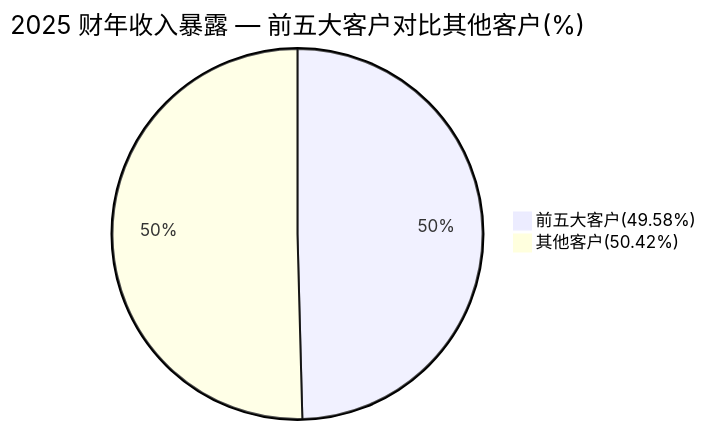
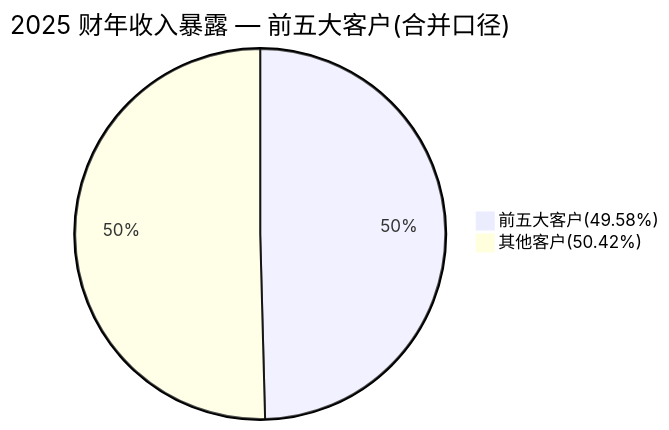
The fourth of 6 diagrams in reports/company/Omnivision_SSE603501/Omnivision_SSE603501_Research_Document_zh.md (dadachundan/financial_agent), drawn with Mermaid before and after one commit. The commit also changed other lines of this file and 9 other files, not shown here.

Commit message:
feat(company-research): refresh OmniVision/韦尔 (SSE:603501) — decision layer + full chart suite; fix fabricated cninfo URLs

````diff
--- a/reports/company/Omnivision_SSE603501/Omnivision_SSE603501_Research_Document_zh.md
+++ b/reports/company/Omnivision_SSE603501/Omnivision_SSE603501_Research_Document_zh.md
@@ -278,5 +778,5 @@
 ```mermaid
-pie title 2025 财年收入暴露 — 前五大客户对比其他客户(%)
+pie title 2025 财年收入暴露 — 前五大客户(合并口径)
     "前五大客户(49.58%)" : 49.58
     "其他客户(50.42%)" : 50.42
 ```
````
